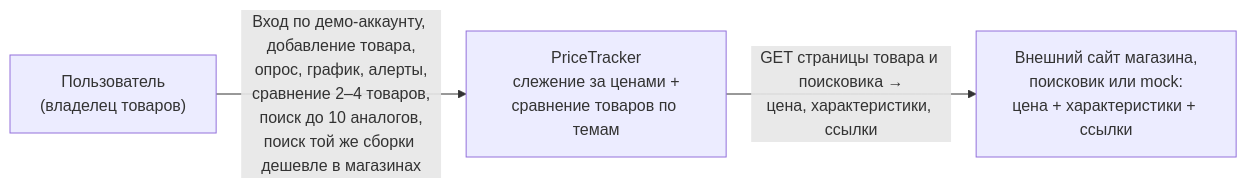
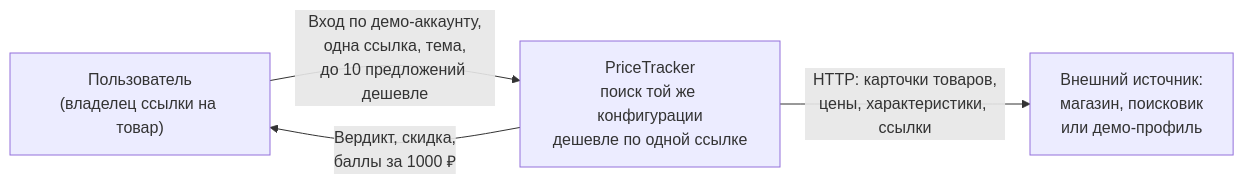
One commit to brawlat12344-ops/pricetracker changed the first of 3 diagrams in docs/c4.md. Above: the diagram before and after it, drawn with Mermaid. The commit also changed other lines of this file and 55 other files, not shown here.

````diff
--- a/docs/c4.md
+++ b/docs/c4.md
@@ -10,9 +10,10 @@
 ```mermaid
 flowchart LR
-    U["Пользователь<br/>(владелец товаров)"]
-    PT["PriceTracker<br/>слежение за ценами +<br/>сравнение товаров по темам"]
-    EXT["Внешний сайт магазина,<br/>поисковик или mock:<br/>цена + характеристики + ссылки"]
+    U["Пользователь<br/>(владелец ссылки на товар)"]
+    PT["PriceTracker<br/>поиск той же конфигурации<br/>дешевле по одной ссылке"]
+    EXT["Внешний источник:<br/>магазин, поисковик<br/>или демо-профиль"]
 
-    U -->|"Вход по демо-аккаунту, добавление товара,<br/>опрос, график, алерты,<br/>сравнение 2–4 товаров,<br/>поиск до 10 аналогов,<br/>поиск той же сборки дешевле в магазинах"| PT
-    PT -->|"GET страницы товара и поисковика →<br/>цена, характеристики, ссылки"| EXT
+    U -->|"Вход по демо-аккаунту,<br/>одна ссылка, тема,<br/>до 10 предложений дешевле"| PT
+    PT -->|"HTTP: карточки товаров,<br/>цены, характеристики, ссылки"| EXT
+    PT -->|"Вердикт, скидка,<br/>баллы за 1000 ₽"| U
 ```
````
